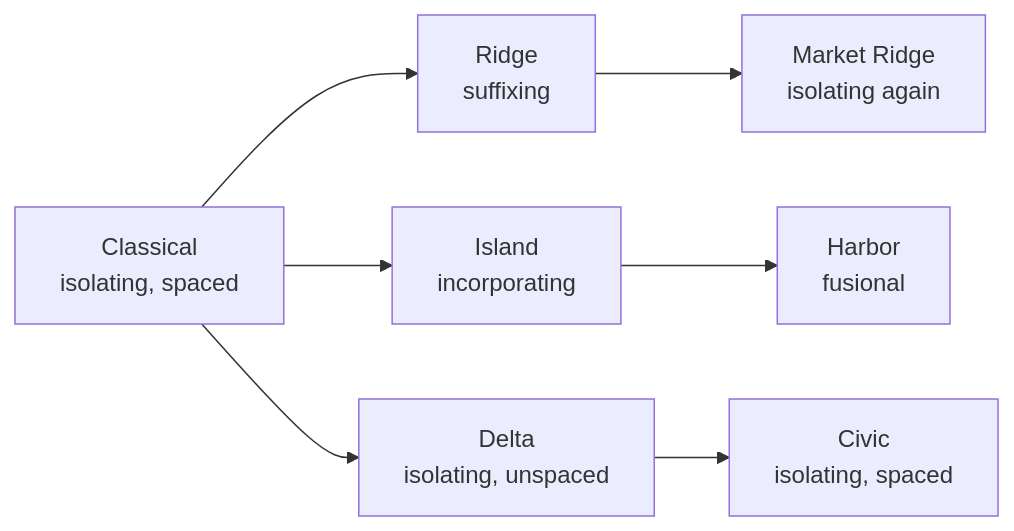
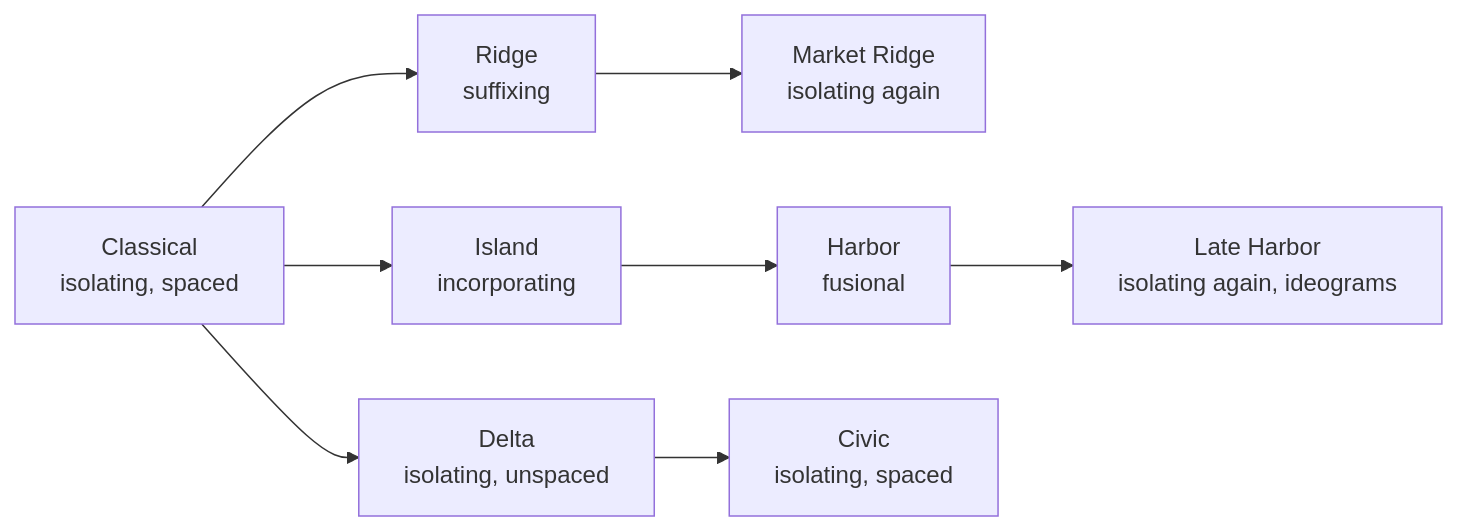
The diagram in drafts/language/typology.md (cavenditti/script-studio), drawn with Mermaid before and after one commit. The commit also changed other lines of this file and 26 other files, not shown here.

````diff
--- a/drafts/language/typology.md
+++ b/drafts/language/typology.md
@@ -21,9 +24,10 @@
 ```mermaid
 flowchart LR
   C[Classical<br/>isolating, spaced] --> R[Ridge<br/>suffixing]
   R --> M[Market Ridge<br/>isolating again]
   C --> I[Island<br/>incorporating]
   I --> H[Harbor<br/>fusional]
+  H --> LH[Late Harbor<br/>isolating again, ideograms]
   C --> D[Delta<br/>isolating, unspaced]
   D --> K[Civic<br/>isolating, spaced]
 ```
````
